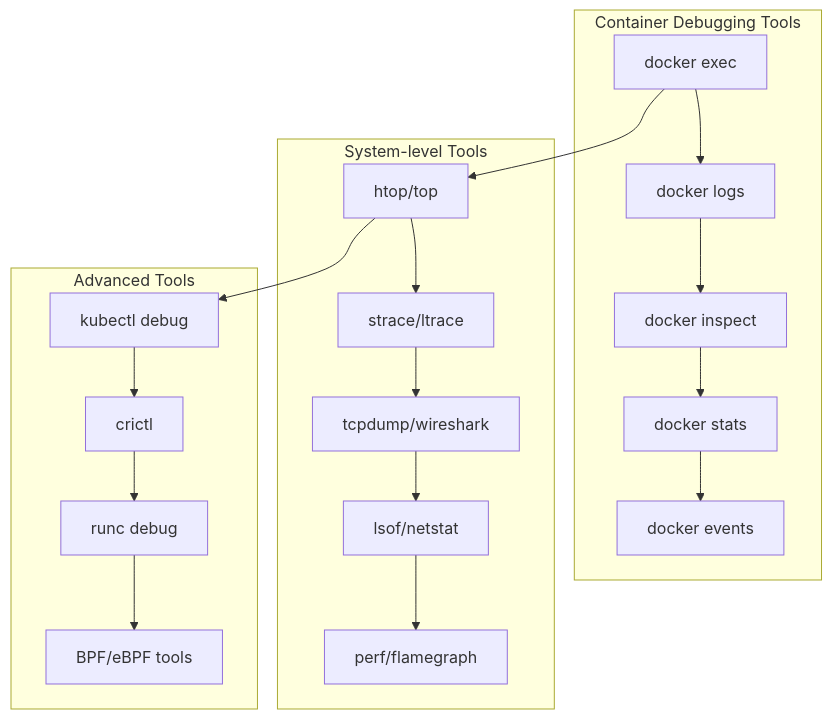
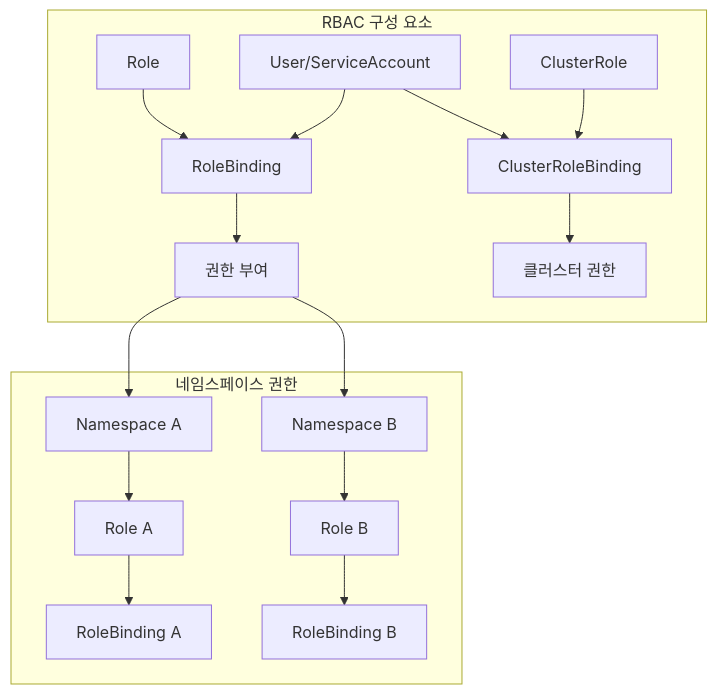
The third of 4 diagrams in week_02/day_02/session_06.md (niceguy61/kdt_devops_lecture_2025), drawn with Mermaid before and after one commit. The commit also changed other lines of this file and 38 other files, not shown here.

````diff
--- a/week_02/day_02/session_06.md
+++ b/week_02/day_02/session_06.md
@@ -15,25 +165,23 @@
 ```mermaid
 graph TB
-    subgraph "Container Debugging Tools"
-        A[docker exec] --> B[docker logs]
-        B --> C[docker inspect]
-        C --> D[docker stats]
-        D --> E[docker events]
+    subgraph "RBAC 구성 요소"
+        A[User/ServiceAccount] --> B[RoleBinding]
+        C[Role] --> B
+        B --> D[권한 부여]
+        
+        E[ClusterRole] --> F[ClusterRoleBinding]
+        A --> F
+        F --> G[클러스터 권한]
     end
     
-    subgraph "System-level Tools"
-        F[htop/top] --> G[strace/ltrace]
-        G --> H[tcpdump/wireshark]
-        H --> I[lsof/netstat]
-        I --> J[perf/flamegraph]
+    subgraph "네임스페이스 권한"
+        H[Namespace A] --> I[Role A]
+        I --> J[RoleBinding A]
+        
+        K[Namespace B] --> L[Role B]
+        L --> M[RoleBinding B]
     end
     
-    subgraph "Advanced Tools"
-        K[kubectl debug] --> L[crictl]
-        L --> M[runc debug]
-        M --> N[BPF/eBPF tools]
-    end
-    
-    A --> F
-    F --> K
+    D --> H
+    D --> K
 ```
````
